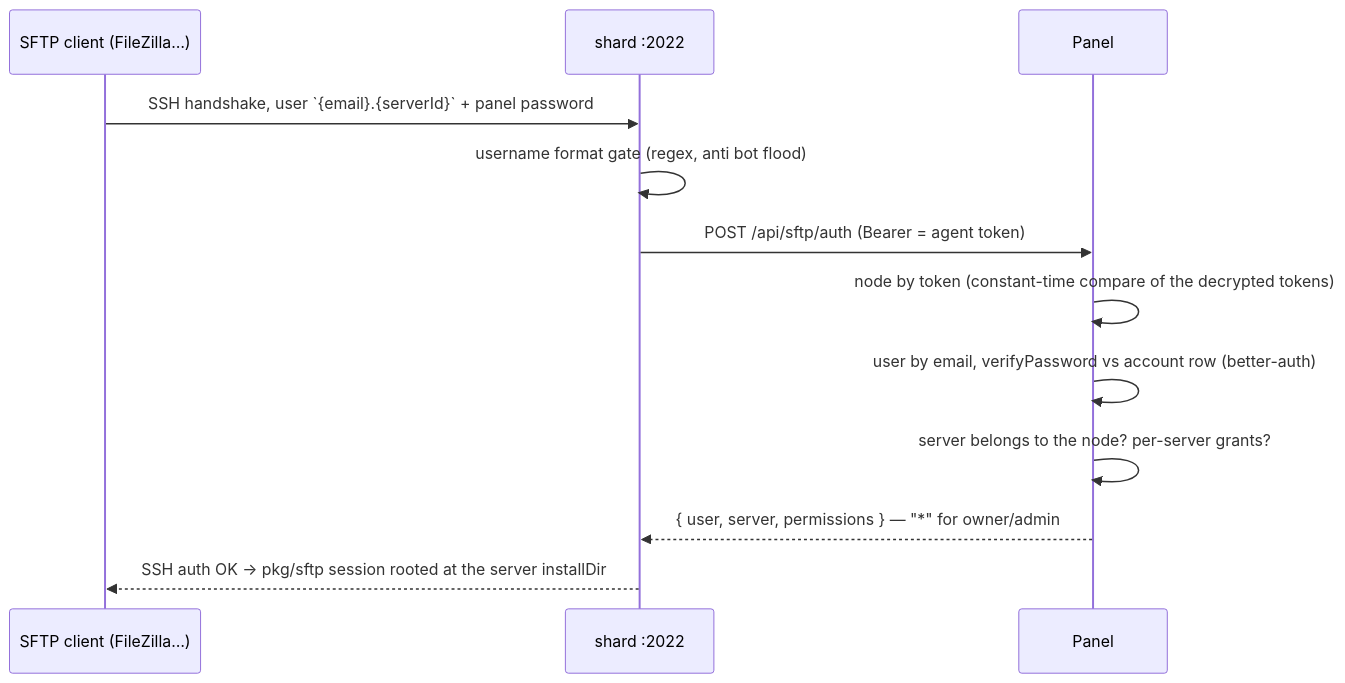
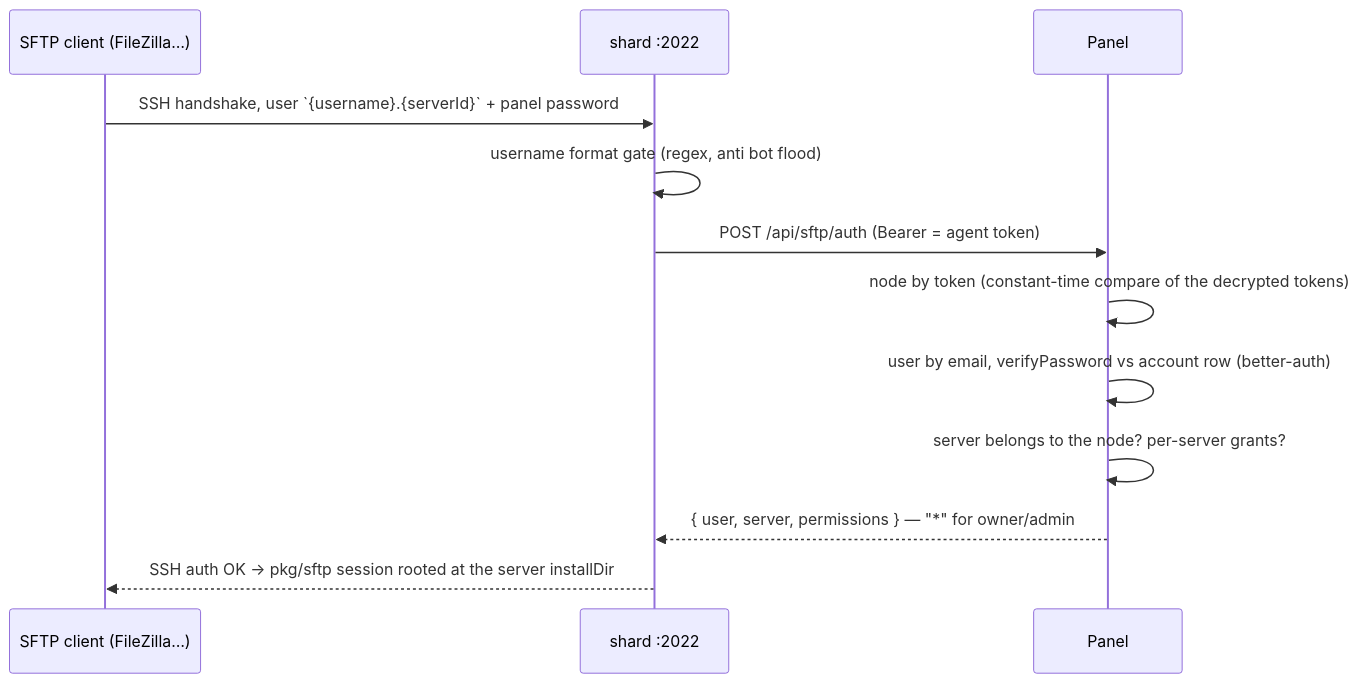
The ninth of 9 diagrams in docs/communications.md (mojito-panel/panel), drawn with Mermaid before and after one commit. The commit also changed other lines of this file and 98 other files, not shown here.

````diff
--- a/docs/communications.md
+++ b/docs/communications.md
@@ -300,14 +302,14 @@
 ```mermaid
 sequenceDiagram
     participant C as SFTP client (FileZilla…)
     participant A as shard :2022
     participant P as Panel
-    C->>A: SSH handshake, user `{email}.{serverId}` + panel password
+    C->>A: SSH handshake, user `{username}.{serverId}` + panel password
     A->>A: username format gate (regex, anti bot flood)
     A->>P: POST /api/sftp/auth (Bearer = agent token)
     P->>P: node by token (constant-time compare of the decrypted tokens)
     P->>P: user by email, verifyPassword vs account row (better-auth)
     P->>P: server belongs to the node? per-server grants?
     P-->>A: { user, server, permissions } — "*" for owner/admin
     A-->>C: SSH auth OK → pkg/sftp session rooted at the server installDir
 ```
````
